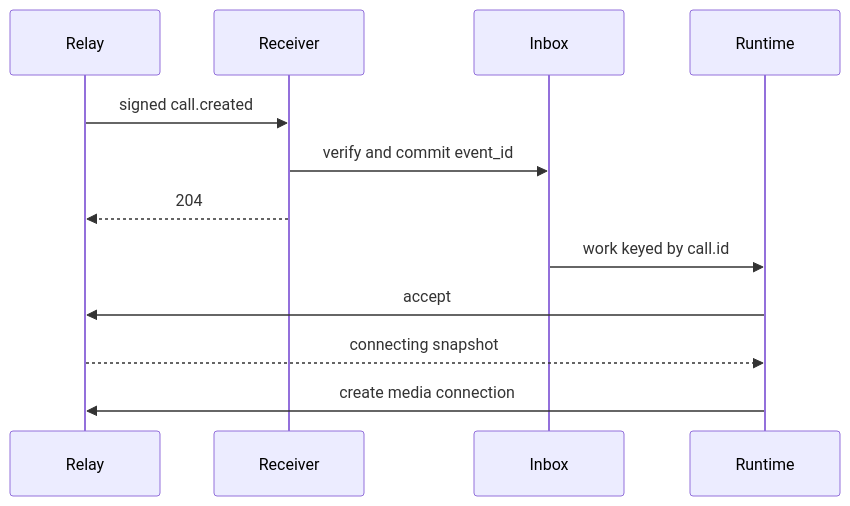
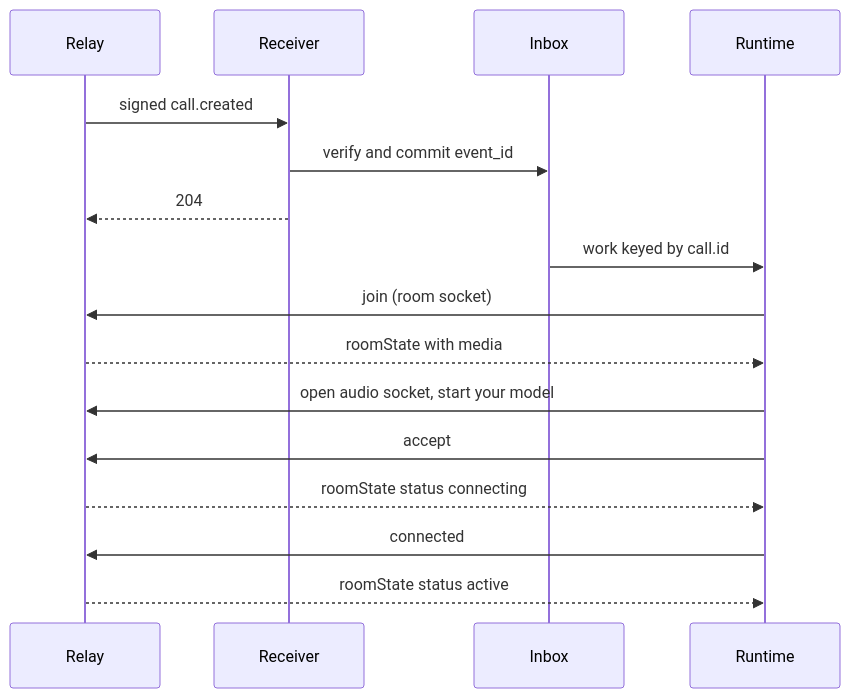
The diagram in calls/answer.mdx (RelayMessenger/Relay-Docs), drawn with Mermaid before and after one commit. The commit also changed other lines of this file, not shown here.

First line of the commit message:
Answer a call: join the room, prepare, then accept

````diff
--- a/calls/answer.mdx
+++ b/calls/answer.mdx
@@ -83,14 +109,18 @@
 ```mermaid
 sequenceDiagram
   participant Relay
   participant Receiver
   participant Inbox
   participant Runtime
   Relay->>Receiver: signed call.created
   Receiver->>Inbox: verify and commit event_id
   Receiver-->>Relay: 204
   Inbox->>Runtime: work keyed by call.id
+  Runtime->>Relay: join (room socket)
+  Relay-->>Runtime: roomState with media
+  Runtime->>Relay: open audio socket, start your model
   Runtime->>Relay: accept
-  Relay-->>Runtime: connecting snapshot
-  Runtime->>Relay: create media connection
+  Relay-->>Runtime: roomState status connecting
+  Runtime->>Relay: connected
+  Relay-->>Runtime: roomState status active
 ```
````
